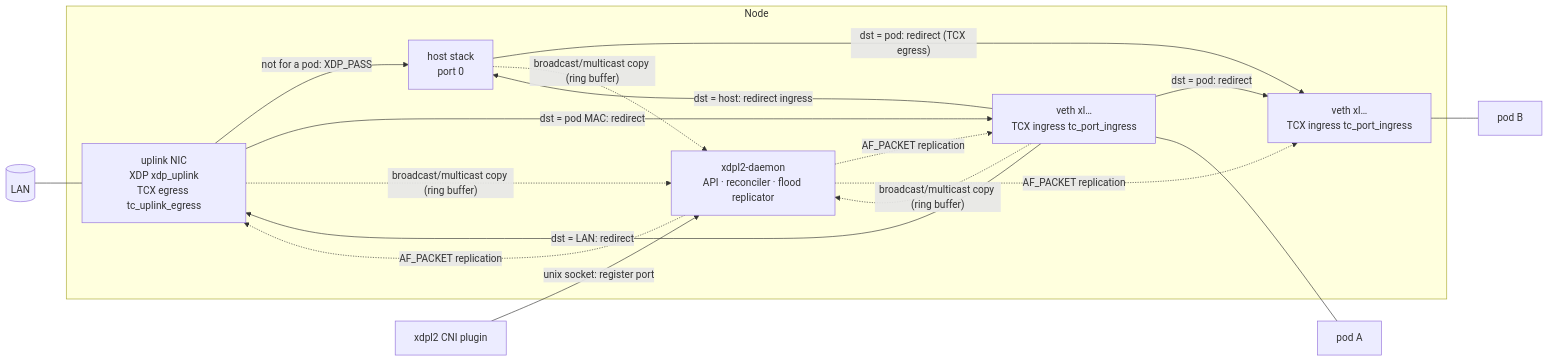
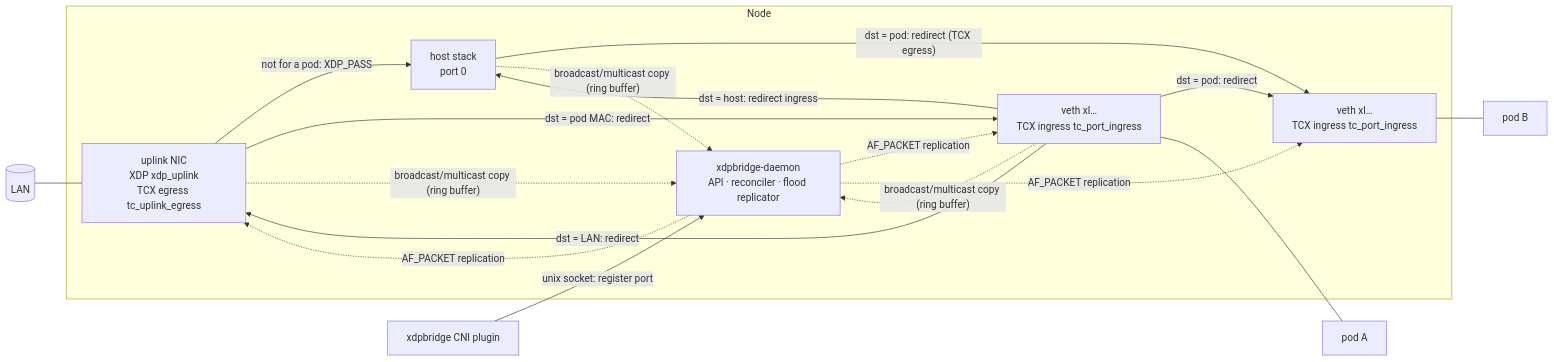
One commit to tsuzu/xdpbridge changed the diagram in README.md. Above: the diagram before and after it, drawn with Mermaid. The commit also changed other lines of this file and 41 other files, not shown here.

First line of the commit message:
Rename the project from xdpl2 to xdpbridge

````diff
--- a/README.md
+++ b/README.md
@@ -28,22 +28,22 @@
 ```mermaid
 flowchart LR
   LAN[(LAN)] --- NIC
   subgraph node[Node]
     NIC["uplink NIC<br/>XDP xdp_uplink<br/>TCX egress tc_uplink_egress"]
     HOST[host stack<br/>port 0]
-    DAEMON[xdpl2-daemon<br/>API · reconciler · flood replicator]
+    DAEMON[xdpbridge-daemon<br/>API · reconciler · flood replicator]
     VA["veth xl…<br/>TCX ingress tc_port_ingress"]
     VB["veth xl…<br/>TCX ingress tc_port_ingress"]
     NIC -- "not for a pod: XDP_PASS" --> HOST
     NIC -- "dst = pod MAC: redirect" --> VA
     VA -- "dst = host: redirect ingress" --> HOST
     VA -- "dst = pod: redirect" --> VB
     VA -- "dst = LAN: redirect" --> NIC
     HOST -- "dst = pod: redirect (TCX egress)" --> VB
     NIC & VA & HOST -. "broadcast/multicast copy (ring buffer)" .-> DAEMON
     DAEMON -. "AF_PACKET replication" .-> VA & VB & NIC
   end
   VA --- PA[pod A]
   VB --- PB[pod B]
-  CNI[xdpl2 CNI plugin] -- "unix socket: register port" --> DAEMON
+  CNI[xdpbridge CNI plugin] -- "unix socket: register port" --> DAEMON
 ```
````
